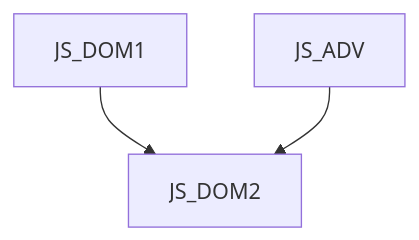
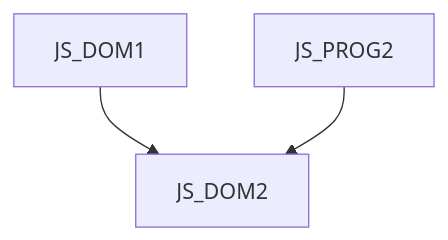
The diagram in JS_DOM2 CZ.md (mbradic/gopas-osnovy), drawn with Mermaid before and after one commit. The commit also changed other lines of this file and 31 other files, not shown here.

Commit message:
Update: JS_INTRO a JS_ADV -> JS_PROG1 a JS_PROG2

````diff
--- a/JS_DOM2 CZ.md
+++ b/JS_DOM2 CZ.md
@@ -8,5 +8,5 @@
 ```mermaid
 graph TD
     JS_DOM1 --> JS_DOM2
-    JS_ADV --> JS_DOM2
+    JS_PROG2 --> JS_DOM2
 ```
````
